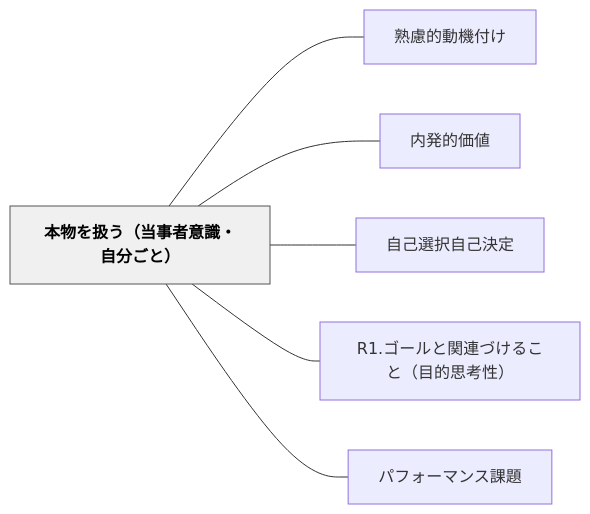
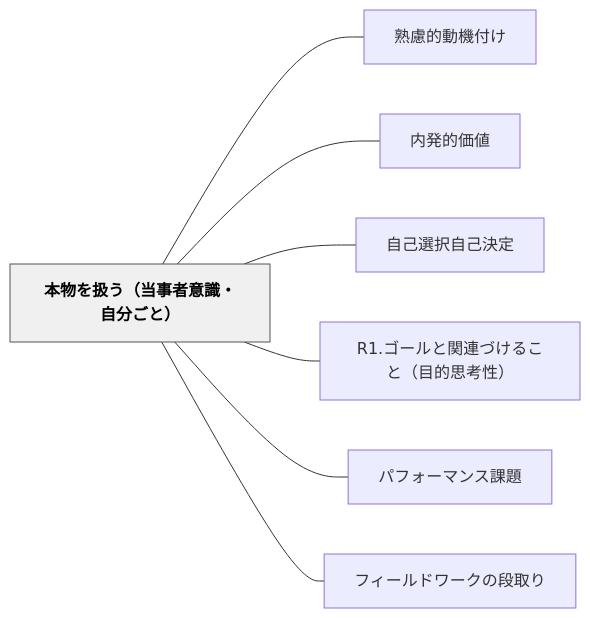
One commit to unknownthings-ed-patterns/unknownthings-ed-patterns changed the diagram in content/パタン/本物を扱う（当事者意識・自分ごと）.md. Above: the diagram before and after it, drawn with Mermaid. The commit also changed other lines of this file and 17 other files, not shown here.

````diff
--- a/content/パタン/本物を扱う（当事者意識・自分ごと）.md
+++ b/content/パタン/本物を扱う（当事者意識・自分ごと）.md
@@ -37,18 +37,20 @@
 ```mermaid
 flowchart LR
     ne69cace789a9["本物を扱う（当事者意識・自分ごと）"]
     ne7869fe685ae["熟慮的動機付け"]
     ne58685e799ba["内発的価値"]
     ne887aae5b7b1["自己選択自己決定"]
     n52312ee382b4["R1.ゴールと関連づけること（目的思考性）"]
     ne38391e38395["パフォーマンス課題"]
+    ne38395e382a3["フィールドワークの段取り"]
 
     ne69cace789a9 --- ne7869fe685ae
     ne69cace789a9 --- ne58685e799ba
     ne69cace789a9 --- ne887aae5b7b1
     ne69cace789a9 --- n52312ee382b4
     ne69cace789a9 --- ne38391e38395
+    ne69cace789a9 --- ne38395e382a3
 
     classDef hub fill:#f0f0f0,stroke:#555,color:#000,font-weight:bold
     class ne69cace789a9 hub
 ```
````
